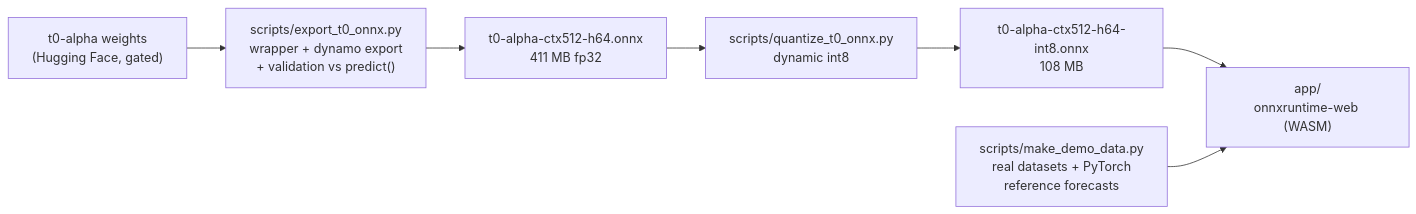
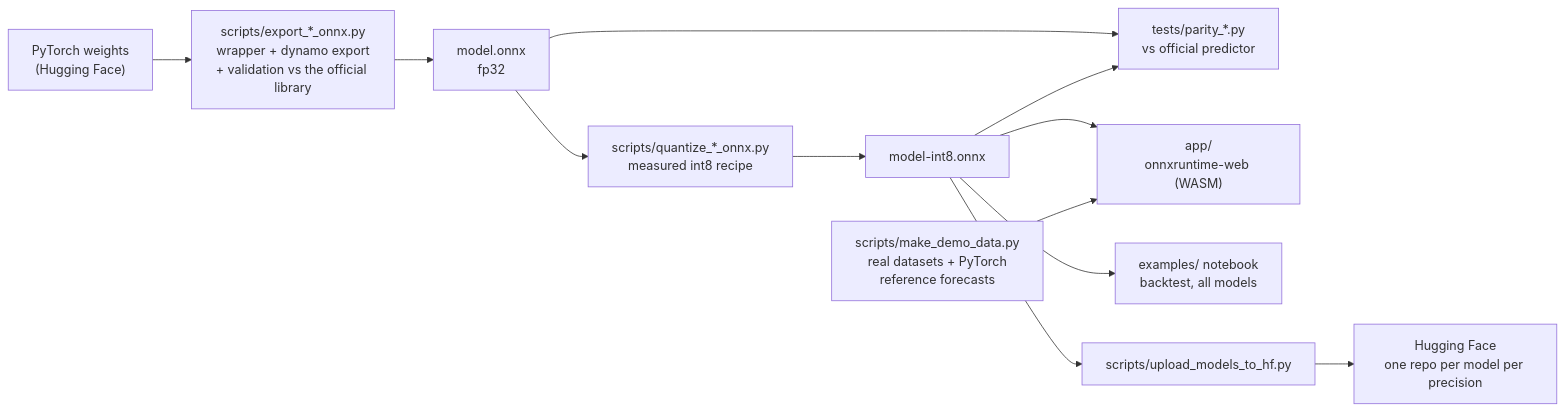
Before and after one commit to sktime/tsfm-onnx: the diagram in README.md, drawn with Mermaid. The commit also changed other lines of this file and 1 other file, not shown here.

````diff
--- a/README.md
+++ b/README.md
@@ -63,9 +108,14 @@
 ```mermaid
 flowchart LR
-    A["t0-alpha weights<br/>(Hugging Face, gated)"] --> B["scripts/export_t0_onnx.py<br/>wrapper + dynamo export<br/>+ validation vs predict()"]
-    B --> C["t0-alpha-ctx512-h64.onnx<br/>411 MB fp32"]
-    C --> D["scripts/quantize_t0_onnx.py<br/>dynamic int8"]
-    D --> E["t0-alpha-ctx512-h64-int8.onnx<br/>108 MB"]
+    A["PyTorch weights<br/>(Hugging Face)"] --> B["scripts/export_*_onnx.py<br/>wrapper + dynamo export<br/>+ validation vs the official library"]
+    B --> C["model.onnx<br/>fp32"]
+    C --> D["scripts/quantize_*_onnx.py<br/>measured int8 recipe"]
+    D --> E["model-int8.onnx"]
+    C --> P["tests/parity_*.py<br/>vs official predictor"]
+    E --> P
     E --> F["app/<br/>onnxruntime-web (WASM)"]
+    E --> N["examples/ notebook<br/>backtest, all models"]
     G["scripts/make_demo_data.py<br/>real datasets + PyTorch<br/>reference forecasts"] --> F
+    S["scripts/upload_models_to_hf.py"] --> H["Hugging Face<br/>one repo per model per precision"]
+    E --> S
 ```
````
